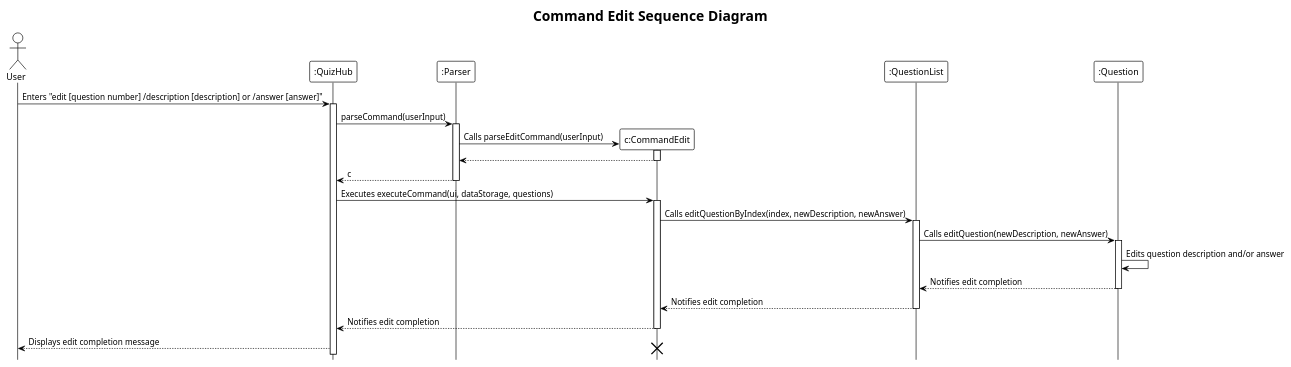
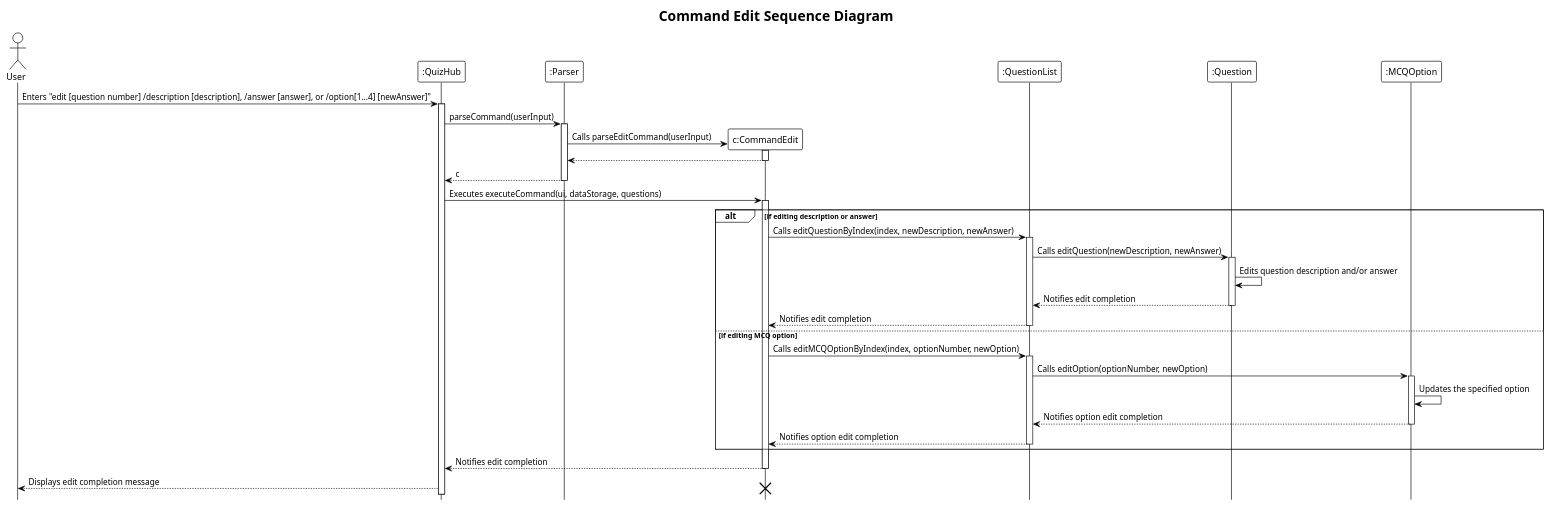
Before and after one commit to nus-cs2113-AY2324S1/tp: the diagram in docs/UML/Commands/commandEdit.puml, drawn with PlantUML. The commit also changed 3 other files, not shown here.

Commit message:
Update edit command DG along with potential bug fixes

```diff
--- a/docs/UML/Commands/commandEdit.puml
+++ b/docs/UML/Commands/commandEdit.puml
@@ -1,41 +1,54 @@
 @startuml
 !theme plain
 hide footbox
 title Command Edit Sequence Diagram
 
 actor User
 participant QuizHub as ":QuizHub"
 participant Parser as ":Parser"
 participant CommandEdit as "c:CommandEdit"
 participant QuestionList as ":QuestionList"
 participant Question as ":Question"
+participant MCQOption as ":MCQOption"
 
-User -> QuizHub: Enters "edit [question number] /description [description] or /answer [answer]"
+User -> QuizHub: Enters "edit [question number] /description [description], /answer [answer], or /option[1...4] [newAnswer]"
 activate QuizHub
 QuizHub -> Parser : parseCommand(userInput)
 activate Parser
 create CommandEdit
 Parser -> CommandEdit: Calls parseEditCommand(userInput)
 
 activate CommandEdit
 CommandEdit --> Parser
 deactivate CommandEdit
 Parser --> QuizHub : c
 deactivate Parser
 QuizHub -> CommandEdit: Executes executeCommand(ui, dataStorage, questions)
 activate CommandEdit
-CommandEdit -> QuestionList: Calls editQuestionByIndex(index, newDescription, newAnswer)
-activate QuestionList
-QuestionList -> Question: Calls editQuestion(newDescription, newAnswer)
-activate Question
-Question -> Question: Edits question description and/or answer
-Question --> QuestionList: Notifies edit completion
-deactivate Question
-QuestionList --> CommandEdit: Notifies edit completion
-deactivate QuestionList
+alt if editing description or answer
+    CommandEdit -> QuestionList: Calls editQuestionByIndex(index, newDescription, newAnswer)
+    activate QuestionList
+    QuestionList -> Question: Calls editQuestion(newDescription, newAnswer)
+    activate Question
+    Question -> Question: Edits question description and/or answer
+    Question --> QuestionList: Notifies edit completion
+    deactivate Question
+    QuestionList --> CommandEdit: Notifies edit completion
+    deactivate QuestionList
+else if editing MCQ option
+    CommandEdit -> QuestionList: Calls editMCQOptionByIndex(index, optionNumber, newOption)
+    activate QuestionList
+    QuestionList -> MCQOption: Calls editOption(optionNumber, newOption)
+    activate MCQOption
+    MCQOption -> MCQOption: Updates the specified option
+    MCQOption --> QuestionList: Notifies option edit completion
+    deactivate MCQOption
+    QuestionList --> CommandEdit: Notifies option edit completion
+    deactivate QuestionList
+end
 CommandEdit --> QuizHub: Notifies edit completion
 deactivate CommandEdit
 QuizHub --> User: Displays edit completion message
 destroy CommandEdit
 
 @enduml
```
